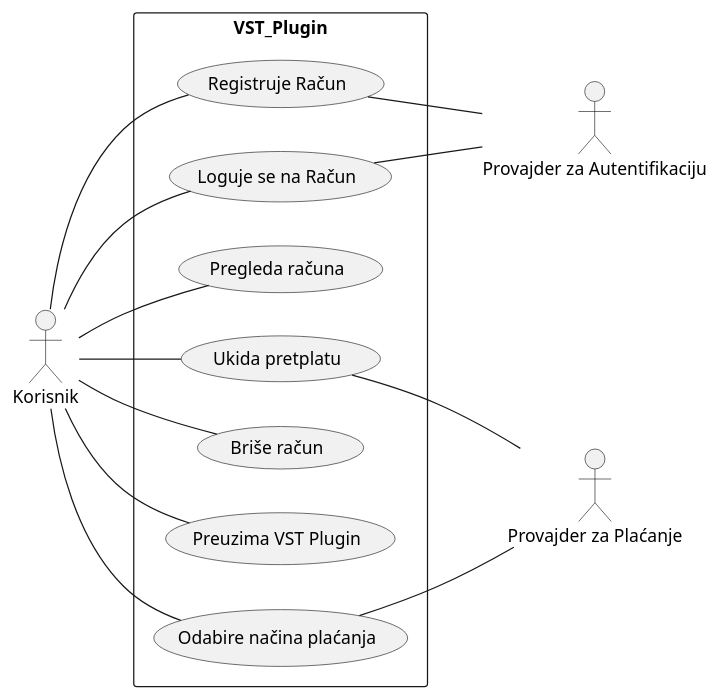
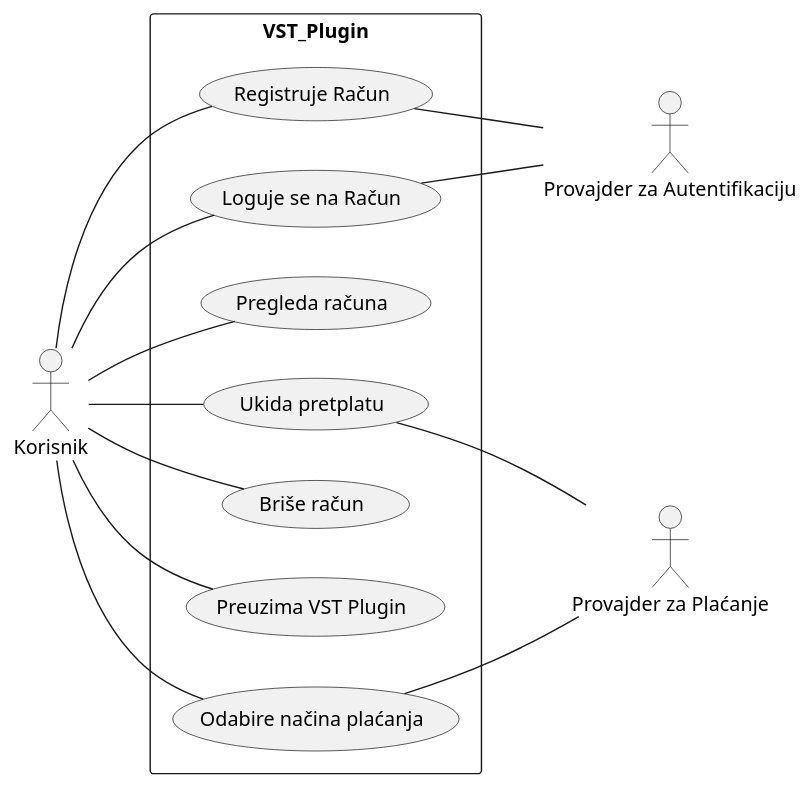
One commit to SafetImamovic/ForgeAI changed the first of 2 diagrams in Dokumentacija-Writerside/Writerside/topics/Use-Case-Dijagrami.md. Above: the diagram before and after it, drawn with PlantUML. The commit also changed other lines of this file and 37 other files, not shown here.

````diff
--- a/Dokumentacija-Writerside/Writerside/topics/Use-Case-Dijagrami.md
+++ b/Dokumentacija-Writerside/Writerside/topics/Use-Case-Dijagrami.md
@@ -5,32 +5,35 @@
 ```plantuml
 @startuml
+
+scale 640 width
+
 left to right direction
 skinparam packageStyle rectangle
 actor "Korisnik" as U
 actor "Provajder za Autentifikaciju" as A
 actor "Provajder za Plaćanje" as P
 rectangle VST_Plugin {
   usecase "Registruje Račun" as Reg
   usecase "Loguje se na Račun" as Log
   usecase "Pregleda računa" as Preg
   usecase "Ukida pretplatu" as Ukida
   usecase "Briše račun" as Brise 
   usecase "Preuzima VST Plugin" as Preuzima
   usecase "Odabire načina plaćanja" as Odabir
 }
 
 U -- Reg
 U -- Log
 U -- Preg
 U -- Ukida
 U -- Brise
 U -- Preuzima
 U -- Odabir
 
 Reg -- A
 Log -- A
 Odabir -- P
 Ukida -- P
 
 @enduml
 ```
````
